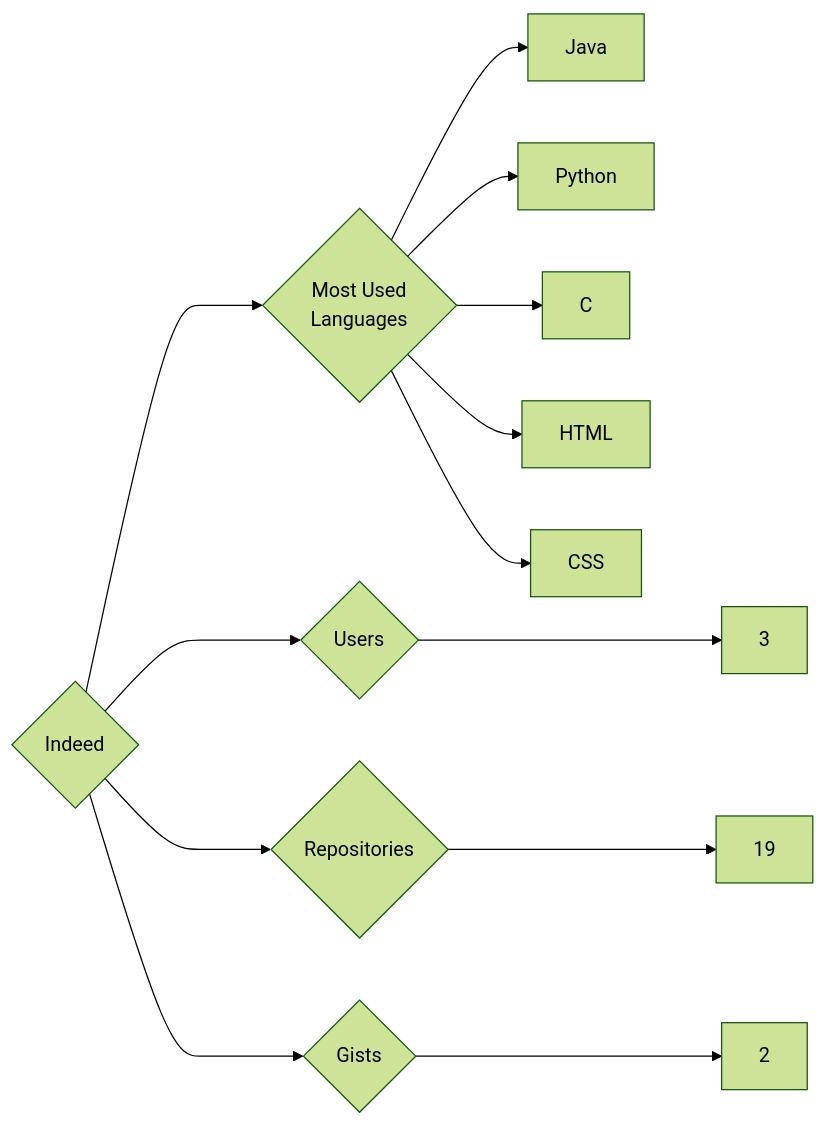
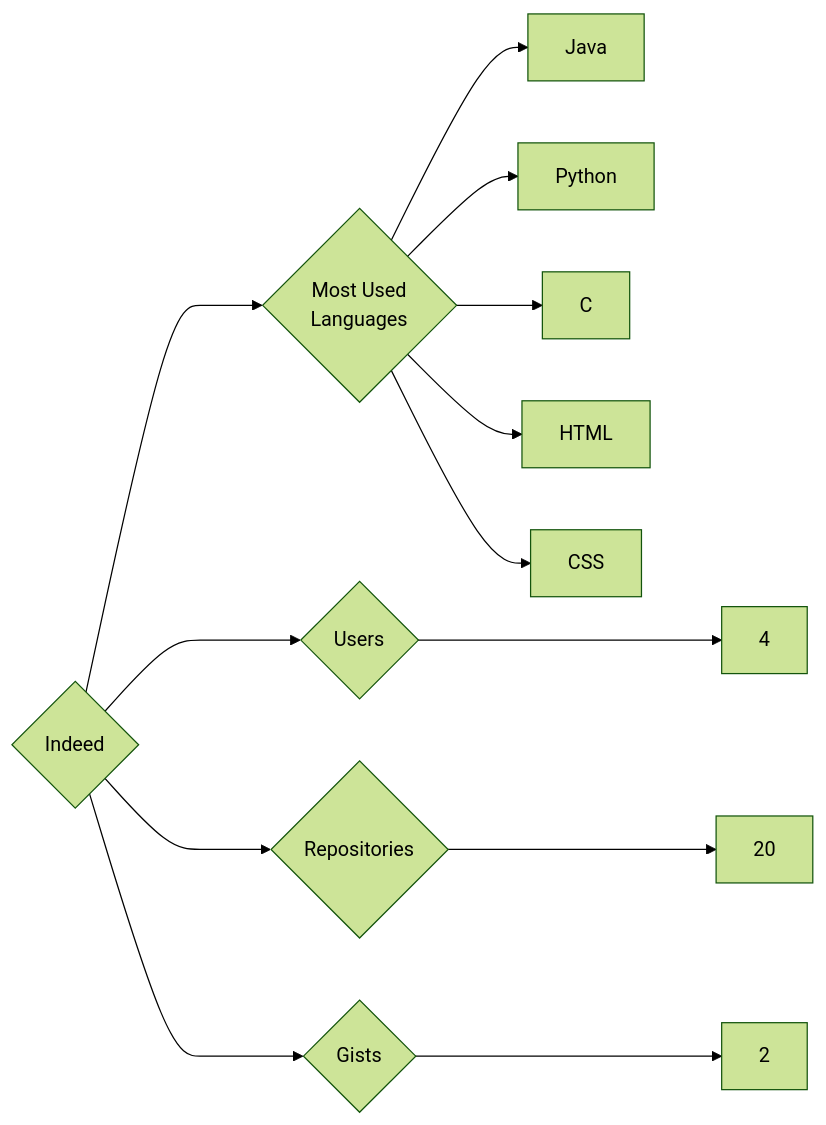
One commit to trickest/insiders changed the diagram in targets/Indeed/README.md. Above: the diagram before and after it, drawn with Mermaid (forest theme). The commit also changed 934 other files, not shown here.

````diff
--- a/targets/Indeed/README.md
+++ b/targets/Indeed/README.md
@@ -3,13 +3,13 @@
 ```mermaid
 graph LR
 COMPANY_NAME{Indeed}
-COMPANY_NAME ---> U{Users} ---> UN[3]
-COMPANY_NAME ---> R{Repositories} ---> RN[19]
+COMPANY_NAME ---> U{Users} ---> UN[4]
+COMPANY_NAME ---> R{Repositories} ---> RN[20]
 COMPANY_NAME ---> G{Gists} ---> GN[2]
 COMPANY_NAME ---> ML{Most Used<br>Languages}
 ML --> Java[Java]
 ML --> Python[Python]
 ML --> C[C]
 ML --> HTML[HTML]
 ML --> CSS[CSS]
 ```
````
